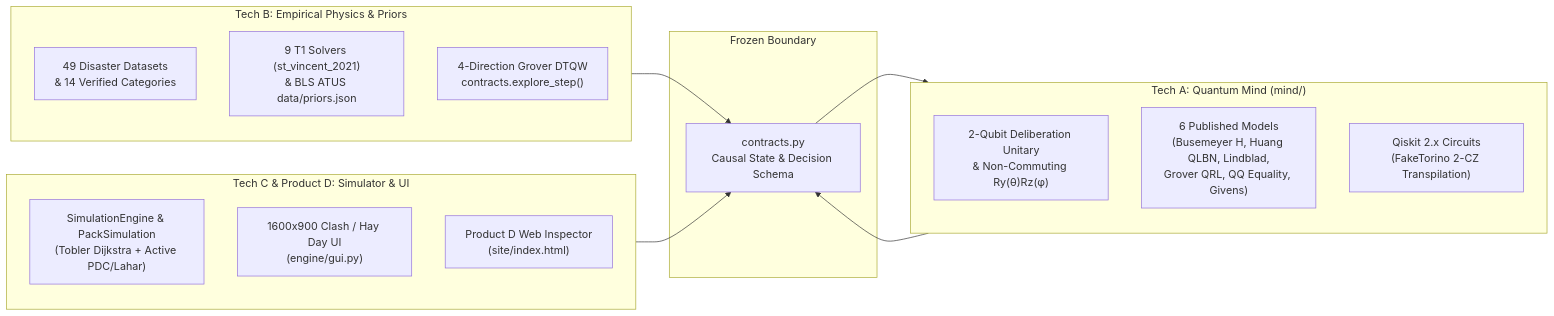
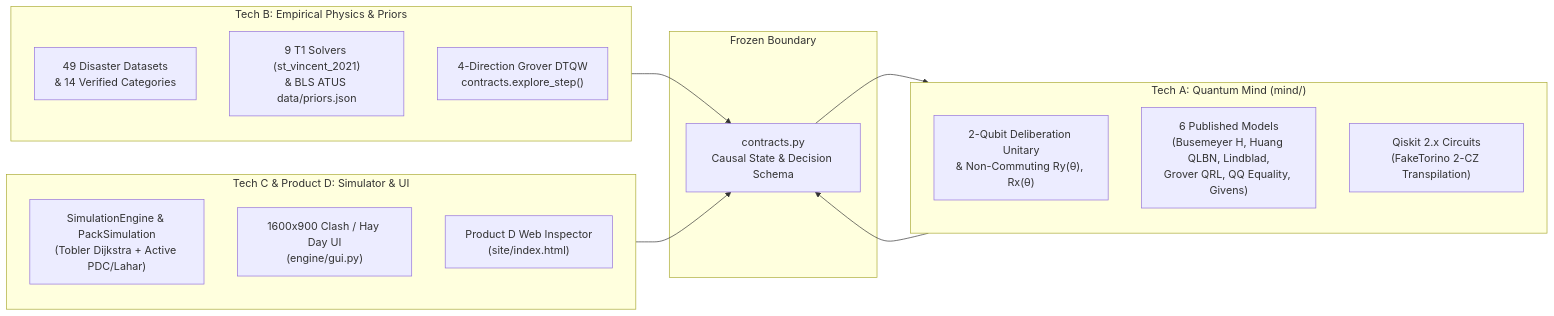
Before and after one commit to Muammal/Qiskit-Fest-Qognition: the diagram in docs/PRESENTATION_SLIDES.md, drawn with Mermaid. The commit also changed other lines of this file and 21 other files, not shown here.

````diff
--- a/docs/PRESENTATION_SLIDES.md
+++ b/docs/PRESENTATION_SLIDES.md
@@ -38,29 +38,29 @@
 ```mermaid
 flowchart LR
     subgraph TB_TRACK["Tech B: Empirical Physics & Priors"]
         D49["49 Disaster Datasets\n& 14 Verified Categories"]
         T1["9 T1 Solvers (st_vincent_2021)\n& BLS ATUS data/priors.json"]
         DTQW["4-Direction Grover DTQW\ncontracts.explore_step()"]
     end
 
     subgraph CONTRACT["Frozen Boundary"]
         C["contracts.py\nCausal State & Decision Schema"]
     end
 
     subgraph TA_TRACK["Tech A: Quantum Mind (mind/)"]
-        U2Q["2-Qubit Deliberation Unitary\n& Non-Commuting Ry(θ)Rz(φ)"]
+        U2Q["2-Qubit Deliberation Unitary\n& Non-Commuting Ry(θ), Rx(θ)"]
         M6["6 Published Models\n(Busemeyer H, Huang QLBN, Lindblad,\nGrover QRL, QQ Equality, Givens)"]
         QK["Qiskit 2.x Circuits\n(FakeTorino 2-CZ Transpilation)"]
     end
 
     subgraph TC_TRACK["Tech C & Product D: Simulator & UI"]
         ENG["SimulationEngine & PackSimulation\n(Tobler Dijkstra + Active PDC/Lahar)"]
         GUI["1600x900 Clash / Hay Day UI\n(engine/gui.py)"]
         WEB["Product D Web Inspector\n(site/index.html)"]
     end
 
     TB_TRACK --> C
     TC_TRACK --> C
     C --> TA_TRACK
     TA_TRACK --> C
 ```
````
